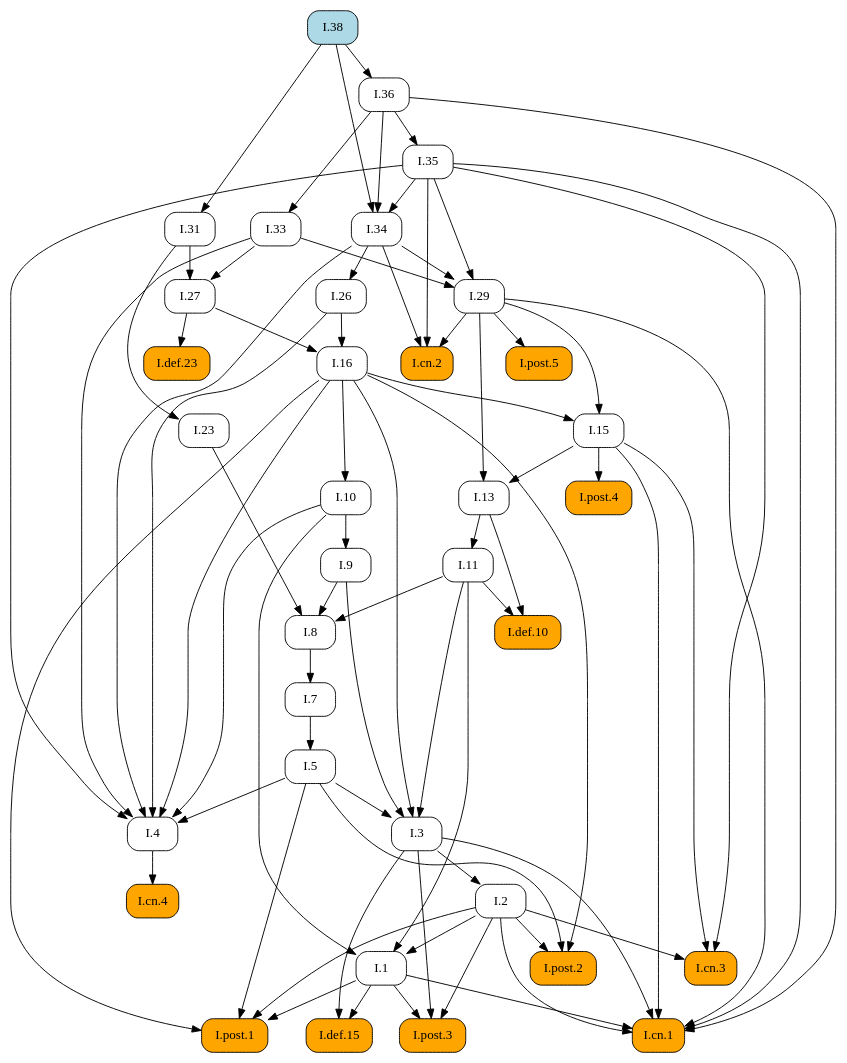
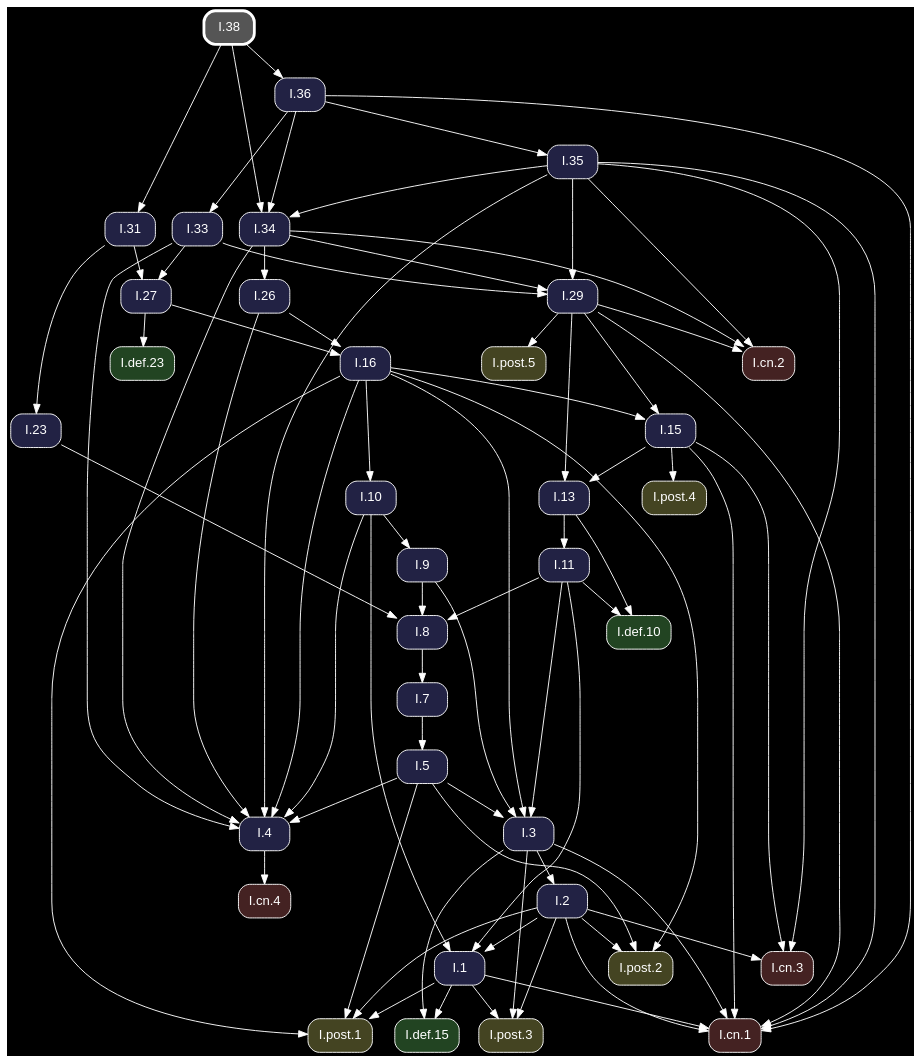
The diagram in docsrc/heath/I/38/index.rst (geometor/elements), drawn with Graphviz before and after one commit. The commit also changed other lines of this file and 1200 other files, not shown here.

Commit message:
update dependency graphs

```diff
--- a/docsrc/heath/I/38/index.rst
+++ b/docsrc/heath/I/38/index.rst
@@ -47,68 +47,50 @@
 .. graphviz::
 
    digraph {
+     bgcolor="black";
+     node [shape=box, style="rounded,filled", fontname="Helvetica", color="white", fontcolor="white"];
+     edge [color="white", fontcolor="white"];
      rankdir="TB";
-     node [shape=box, style=rounded];
-     "I.23" [URL="/heath/I/23/", target="_top"];
-     "I.9" [URL="/heath/I/9/", target="_top"];
-     "I.33" [URL="/heath/I/33/", target="_top"];
-     "I.def.15" [style="rounded,filled", fillcolor=orange, URL="/heath/I/def.15/", target="_top"];
-     "I.post.3" [style="rounded,filled", fillcolor=orange, URL="/heath/I/post.3/", target="_top"];
-     "I.post.1" [style="rounded,filled", fillcolor=orange, URL="/heath/I/post.1/", target="_top"];
-     "I.31" [URL="/heath/I/31/", target="_top"];
-     "I.def.10" [style="rounded,filled", fillcolor=orange, URL="/heath/I/def.10/", target="_top"];
-     "I.27" [URL="/heath/I/27/", target="_top"];
-     "I.34" [URL="/heath/I/34/", target="_top"];
-     "I.3" [URL="/heath/I/3/", target="_top"];
-     "I.35" [URL="/heath/I/35/", target="_top"];
-     "I.cn.1" [style="rounded,filled", fillcolor=orange, URL="/heath/I/cn.1/", target="_top"];
-     "I.7" [URL="/heath/I/7/", target="_top"];
-     "I.2" [URL="/heath/I/2/", target="_top"];
-     "I.36" [URL="/heath/I/36/", target="_top"];
-     "I.13" [URL="/heath/I/13/", target="_top"];
-     "I.post.4" [style="rounded,filled", fillcolor=orange, URL="/heath/I/post.4/", target="_top"];
-     "I.4" [URL="/heath/I/4/", target="_top"];
-     "I.1" [URL="/heath/I/1/", target="_top"];
-     "I.5" [URL="/heath/I/5/", target="_top"];
-     "I.8" [URL="/heath/I/8/", target="_top"];
-     "I.29" [URL="/heath/I/29/", target="_top"];
-     "I.cn.3" [style="rounded,filled", fillcolor=orange, URL="/heath/I/cn.3/", target="_top"];
-     "I.16" [URL="/heath/I/16/", target="_top"];
-     "I.38" [style="rounded,filled", fillcolor=lightblue, URL="/heath/I/38/", target="_top"];
-     "I.15" [URL="/heath/I/15/", target="_top"];
-     "I.10" [URL="/heath/I/10/", target="_top"];
-     "I.11" [URL="/heath/I/11/", target="_top"];
-     "I.def.23" [style="rounded,filled", fillcolor=orange, URL="/heath/I/def.23/", target="_top"];
-     "I.cn.2" [style="rounded,filled", fillcolor=orange, URL="/heath/I/cn.2/", target="_top"];
-     "I.post.5" [style="rounded,filled", fillcolor=orange, URL="/heath/I/post.5/", target="_top"];
-     "I.cn.4" [style="rounded,filled", fillcolor=orange, URL="/heath/I/cn.4/", target="_top"];
-     "I.post.2" [style="rounded,filled", fillcolor=orange, URL="/heath/I/post.2/", target="_top"];
-     "I.26" [URL="/heath/I/26/", target="_top"];
-     "I.31" -> "I.23";
-     "I.10" -> "I.9";
-     "I.36" -> "I.33";
-     "I.1" -> "I.def.15";
-     "I.3" -> "I.def.15";
-     "I.1" -> "I.post.3";
-     "I.2" -> "I.post.3";
-     "I.3" -> "I.post.3";
-     "I.1" -> "I.post.1";
-     "I.2" -> "I.post.1";
-     "I.5" -> "I.post.1";
-     "I.16" -> "I.post.1";
+     "I.31" [fillcolor="#222244", URL="/heath/I/31/", target="_top"];
+     "I.3" [fillcolor="#222244", URL="/heath/I/3/", target="_top"];
+     "I.cn.1" [fillcolor="#442222", URL="/heath/I/cn.1/", target="_top"];
+     "I.def.10" [fillcolor="#224422", URL="/heath/I/def.10/", target="_top"];
+     "I.15" [fillcolor="#222244", URL="/heath/I/15/", target="_top"];
+     "I.13" [fillcolor="#222244", URL="/heath/I/13/", target="_top"];
+     "I.27" [fillcolor="#222244", URL="/heath/I/27/", target="_top"];
+     "I.2" [fillcolor="#222244", URL="/heath/I/2/", target="_top"];
+     "I.cn.2" [fillcolor="#442222", URL="/heath/I/cn.2/", target="_top"];
+     "I.9" [fillcolor="#222244", URL="/heath/I/9/", target="_top"];
+     "I.1" [fillcolor="#222244", URL="/heath/I/1/", target="_top"];
+     "I.post.5" [fillcolor="#444422", URL="/heath/I/post.5/", target="_top"];
+     "I.post.4" [fillcolor="#444422", URL="/heath/I/post.4/", target="_top"];
+     "I.23" [fillcolor="#222244", URL="/heath/I/23/", target="_top"];
+     "I.26" [fillcolor="#222244", URL="/heath/I/26/", target="_top"];
+     "I.8" [fillcolor="#222244", URL="/heath/I/8/", target="_top"];
+     "I.4" [fillcolor="#222244", URL="/heath/I/4/", target="_top"];
+     "I.7" [fillcolor="#222244", URL="/heath/I/7/", target="_top"];
+     "I.5" [fillcolor="#222244", URL="/heath/I/5/", target="_top"];
+     "I.10" [fillcolor="#222244", URL="/heath/I/10/", target="_top"];
+     "I.post.1" [fillcolor="#444422", URL="/heath/I/post.1/", target="_top"];
+     "I.11" [fillcolor="#222244", URL="/heath/I/11/", target="_top"];
+     "I.16" [fillcolor="#222244", URL="/heath/I/16/", target="_top"];
+     "I.cn.3" [fillcolor="#442222", URL="/heath/I/cn.3/", target="_top"];
+     "I.36" [fillcolor="#222244", URL="/heath/I/36/", target="_top"];
+     "I.38" [penwidth=3, color="white", fillcolor="#555555", URL="/heath/I/38/", target="_top"];
+     "I.29" [fillcolor="#222244", URL="/heath/I/29/", target="_top"];
+     "I.post.2" [fillcolor="#444422", URL="/heath/I/post.2/", target="_top"];
+     "I.cn.4" [fillcolor="#442222", URL="/heath/I/cn.4/", target="_top"];
+     "I.def.23" [fillcolor="#224422", URL="/heath/I/def.23/", target="_top"];
+     "I.35" [fillcolor="#222244", URL="/heath/I/35/", target="_top"];
+     "I.post.3" [fillcolor="#444422", URL="/heath/I/post.3/", target="_top"];
+     "I.33" [fillcolor="#222244", URL="/heath/I/33/", target="_top"];
+     "I.34" [fillcolor="#222244", URL="/heath/I/34/", target="_top"];
+     "I.def.15" [fillcolor="#224422", URL="/heath/I/def.15/", target="_top"];
      "I.38" -> "I.31";
-     "I.11" -> "I.def.10";
-     "I.13" -> "I.def.10";
-     "I.31" -> "I.27";
-     "I.33" -> "I.27";
-     "I.35" -> "I.34";
-     "I.36" -> "I.34";
-     "I.38" -> "I.34";
      "I.5" -> "I.3";
      "I.9" -> "I.3";
      "I.11" -> "I.3";
      "I.16" -> "I.3";
-     "I.36" -> "I.35";
      "I.1" -> "I.cn.1";
      "I.2" -> "I.cn.1";
      "I.3" -> "I.cn.1";
@@ -116,12 +98,29 @@
      "I.29" -> "I.cn.1";
      "I.35" -> "I.cn.1";
      "I.36" -> "I.cn.1";
-     "I.8" -> "I.7";
-     "I.3" -> "I.2";
-     "I.38" -> "I.36";
+     "I.11" -> "I.def.10";
+     "I.13" -> "I.def.10";
+     "I.16" -> "I.15";
+     "I.29" -> "I.15";
      "I.15" -> "I.13";
      "I.29" -> "I.13";
+     "I.31" -> "I.27";
+     "I.33" -> "I.27";
+     "I.3" -> "I.2";
+     "I.29" -> "I.cn.2";
+     "I.34" -> "I.cn.2";
+     "I.35" -> "I.cn.2";
+     "I.10" -> "I.9";
+     "I.2" -> "I.1";
+     "I.10" -> "I.1";
+     "I.11" -> "I.1";
+     "I.29" -> "I.post.5";
      "I.15" -> "I.post.4";
+     "I.31" -> "I.23";
+     "I.34" -> "I.26";
+     "I.9" -> "I.8";
+     "I.11" -> "I.8";
+     "I.23" -> "I.8";
      "I.5" -> "I.4";
      "I.10" -> "I.4";
      "I.16" -> "I.4";
@@ -129,33 +128,36 @@
      "I.33" -> "I.4";
      "I.34" -> "I.4";
      "I.35" -> "I.4";
-     "I.2" -> "I.1";
-     "I.10" -> "I.1";
-     "I.11" -> "I.1";
+     "I.8" -> "I.7";
      "I.7" -> "I.5";
-     "I.9" -> "I.8";
-     "I.11" -> "I.8";
-     "I.23" -> "I.8";
+     "I.16" -> "I.10";
+     "I.1" -> "I.post.1";
+     "I.2" -> "I.post.1";
+     "I.5" -> "I.post.1";
+     "I.16" -> "I.post.1";
+     "I.13" -> "I.11";
+     "I.26" -> "I.16";
+     "I.27" -> "I.16";
+     "I.2" -> "I.cn.3";
+     "I.15" -> "I.cn.3";
+     "I.35" -> "I.cn.3";
+     "I.38" -> "I.36";
      "I.33" -> "I.29";
      "I.34" -> "I.29";
      "I.35" -> "I.29";
-     "I.2" -> "I.cn.3";
-     "I.15" -> "I.cn.3";
-     "I.35" -> "I.cn.3";
-     "I.26" -> "I.16";
-     "I.27" -> "I.16";
-     "I.16" -> "I.15";
-     "I.29" -> "I.15";
-     "I.16" -> "I.10";
-     "I.13" -> "I.11";
-     "I.27" -> "I.def.23";
-     "I.29" -> "I.cn.2";
-     "I.34" -> "I.cn.2";
-     "I.35" -> "I.cn.2";
-     "I.29" -> "I.post.5";
-     "I.4" -> "I.cn.4";
      "I.2" -> "I.post.2";
      "I.5" -> "I.post.2";
      "I.16" -> "I.post.2";
-     "I.34" -> "I.26";
+     "I.4" -> "I.cn.4";
+     "I.27" -> "I.def.23";
+     "I.36" -> "I.35";
+     "I.1" -> "I.post.3";
+     "I.2" -> "I.post.3";
+     "I.3" -> "I.post.3";
+     "I.36" -> "I.33";
+     "I.35" -> "I.34";
+     "I.36" -> "I.34";
+     "I.38" -> "I.34";
+     "I.1" -> "I.def.15";
+     "I.3" -> "I.def.15";
    }
```
